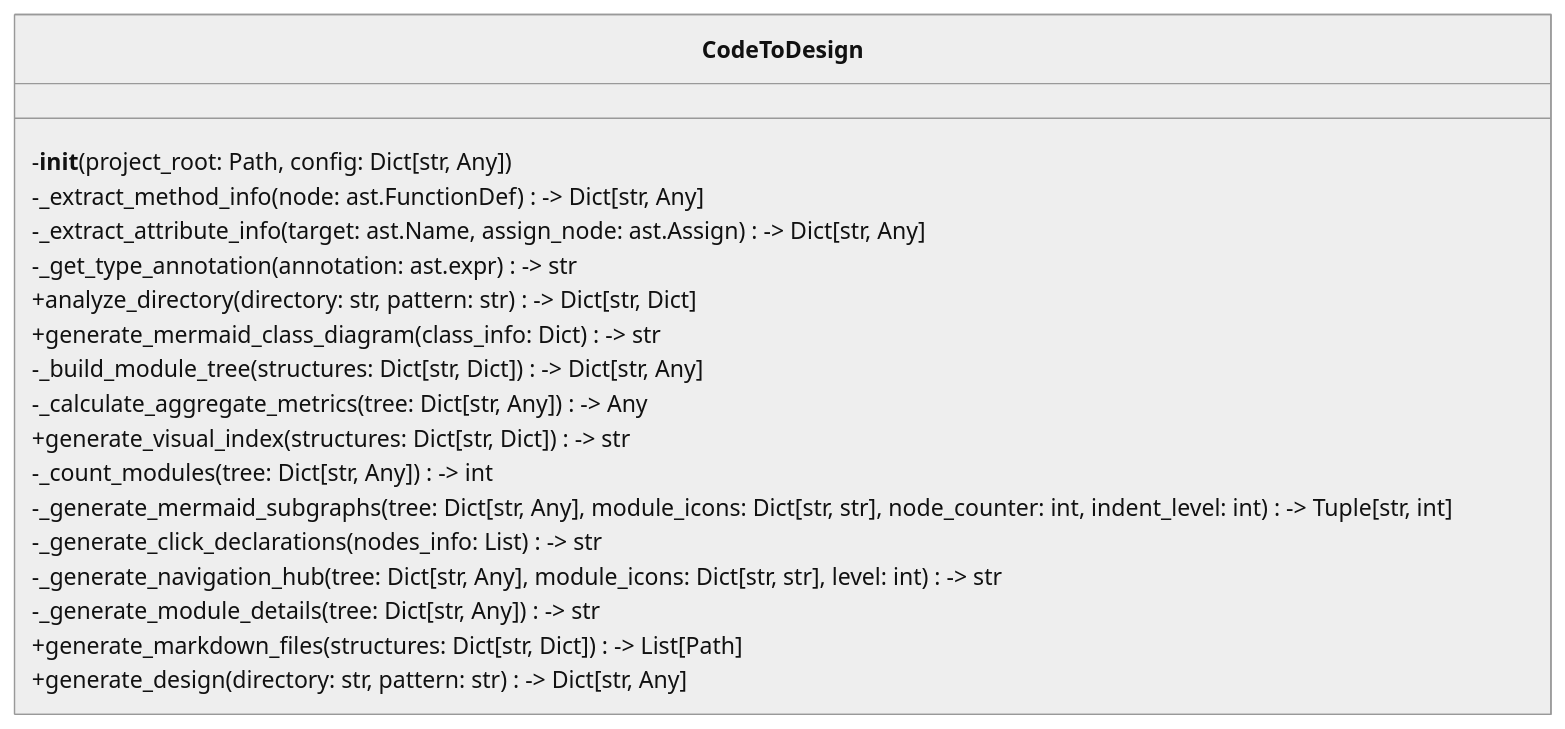
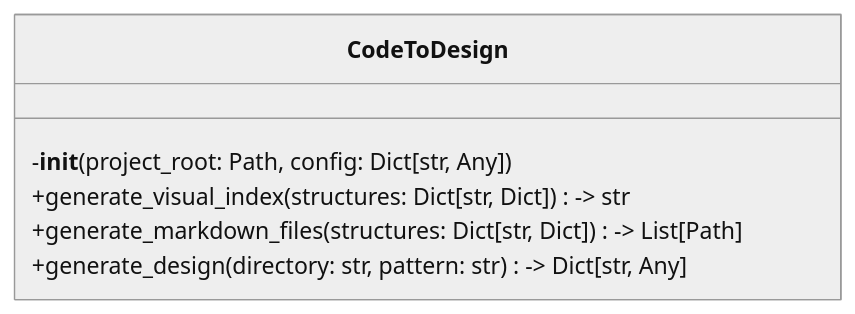
One commit to Brunvelop/autocode changed the diagram in design/autocode/core/design/code_to_design_class.md. Above: the diagram before and after it, drawn with Mermaid (neutral theme). The commit also changed other lines of this file and 19 other files, not shown here.

````diff
--- a/design/autocode/core/design/code_to_design_class.md
+++ b/design/autocode/core/design/code_to_design_class.md
@@ -9,22 +9,10 @@
 ```mermaid
 classDiagram
     class CodeToDesign {
         -__init__(project_root: Path, config: Dict[str, Any])
-        -_extract_method_info(node: ast.FunctionDef) -> Dict[str, Any]
-        -_extract_attribute_info(target: ast.Name, assign_node: ast.Assign) -> Dict[str, Any]
-        -_get_type_annotation(annotation: ast.expr) -> str
-        +analyze_directory(directory: str, pattern: str) -> Dict[str, Dict]
-        +generate_mermaid_class_diagram(class_info: Dict) -> str
-        -_build_module_tree(structures: Dict[str, Dict]) -> Dict[str, Any]
-        -_calculate_aggregate_metrics(tree: Dict[str, Any]) -> Any
         +generate_visual_index(structures: Dict[str, Dict]) -> str
-        -_count_modules(tree: Dict[str, Any]) -> int
-        -_generate_mermaid_subgraphs(tree: Dict[str, Any], module_icons: Dict[str, str], node_counter: int, indent_level: int) -> Tuple[str, int]
-        -_generate_click_declarations(nodes_info: List) -> str
-        -_generate_navigation_hub(tree: Dict[str, Any], module_icons: Dict[str, str], level: int) -> str
-        -_generate_module_details(tree: Dict[str, Any]) -> str
         +generate_markdown_files(structures: Dict[str, Dict]) -> List[Path]
         +generate_design(directory: str, pattern: str) -> Dict[str, Any]
     }
 
 ```
````
